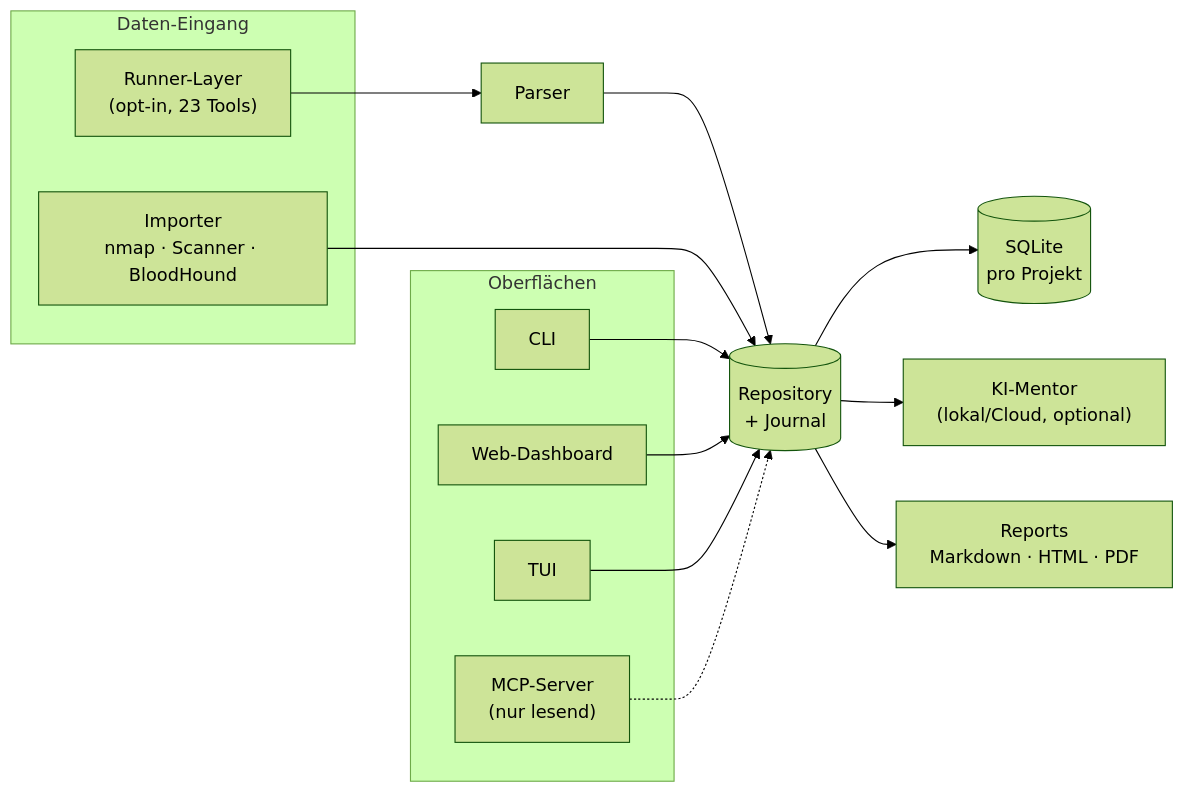
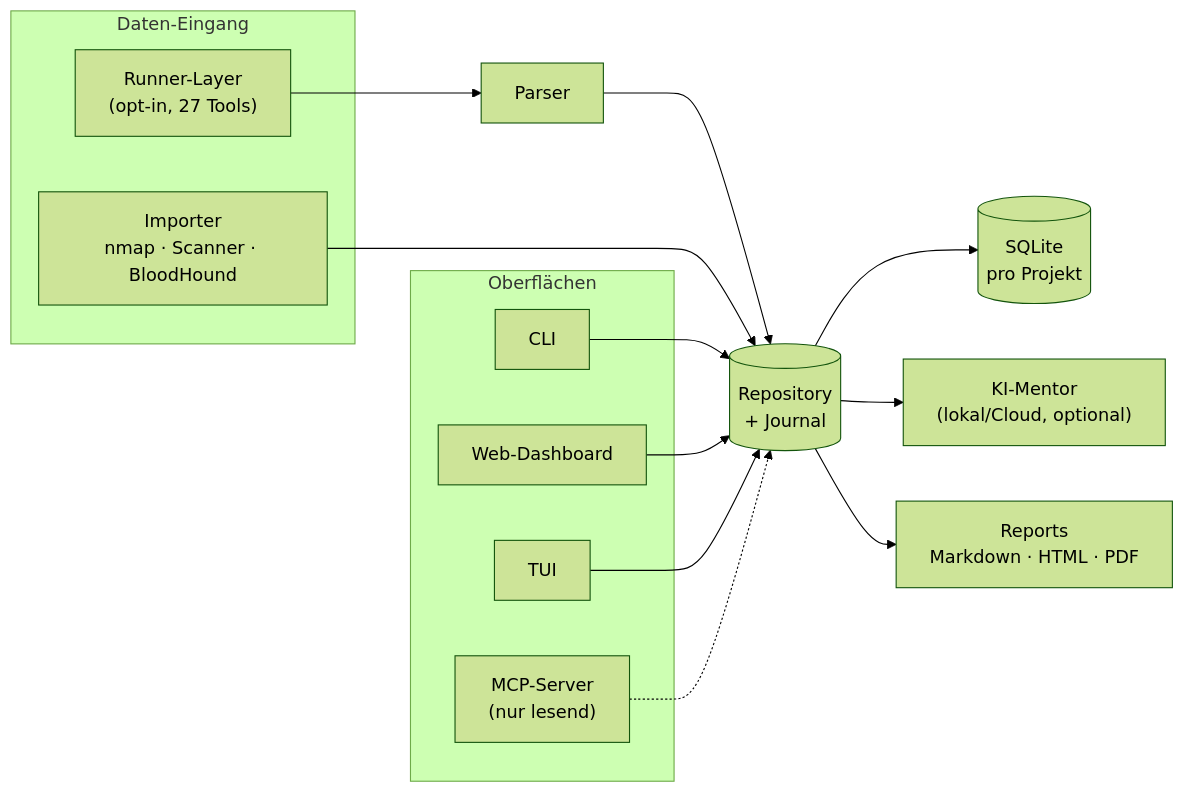
The diagram in README.md (kaldox/pentos), drawn with Mermaid (forest theme) before and after one commit. The commit also changed other lines of this file and 9 other files, not shown here.

````diff
--- a/README.md
+++ b/README.md
@@ -216,23 +216,23 @@
 ```mermaid
 flowchart LR
     subgraph face["Oberflächen"]
         CLI["CLI"]
         WEB["Web-Dashboard"]
         TUI["TUI"]
         MCP["MCP-Server\n(nur lesend)"]
     end
     subgraph input["Daten-Eingang"]
         IMP["Importer\nnmap · Scanner · BloodHound"]
-        RUN["Runner-Layer\n(opt-in, 23 Tools)"]
+        RUN["Runner-Layer\n(opt-in, 27 Tools)"]
     end
     RUN --> PARSE["Parser"]
     PARSE --> REPO
     IMP --> REPO
     CLI --> REPO
     WEB --> REPO
     TUI --> REPO
     MCP -.-> REPO
     REPO[("Repository\n+ Journal")] --> DB[("SQLite\npro Projekt")]
     REPO --> AI["KI-Mentor\n(lokal/Cloud, optional)"]
     REPO --> REP["Reports\nMarkdown · HTML · PDF"]
 ```
````
